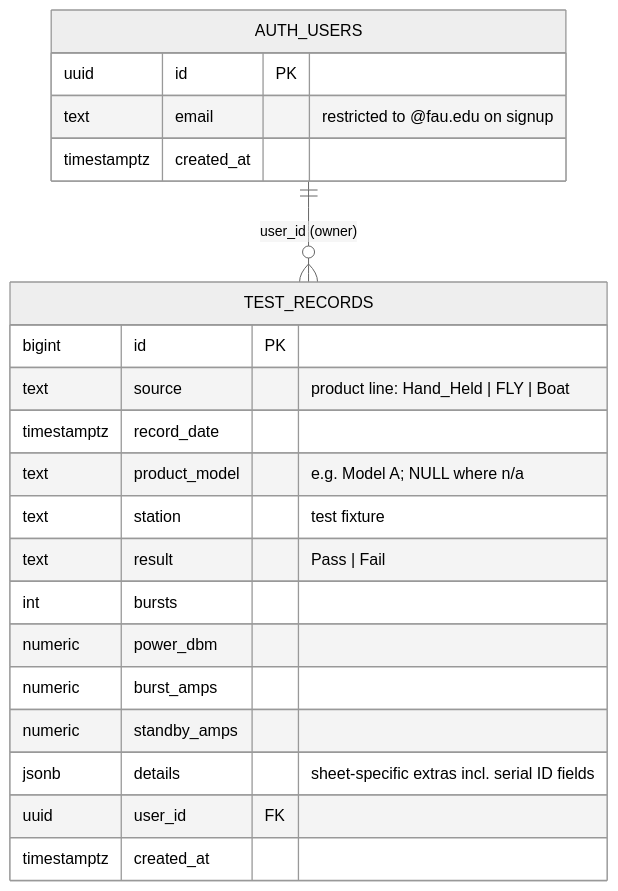
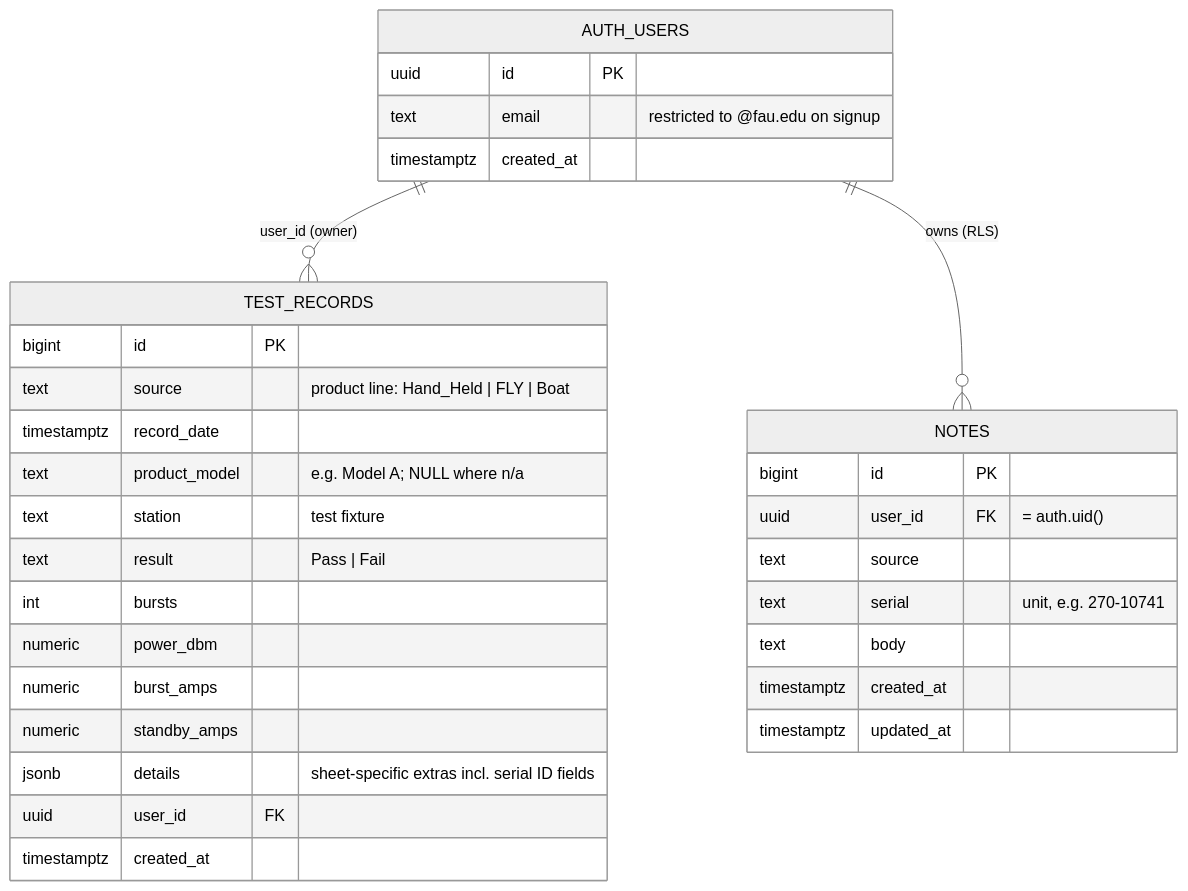
Before and after one commit to joshualopez2016/AICourseUpdated: the second of 3 diagrams in docs/DESIGN.md, drawn with Mermaid (neutral theme). The commit also changed other lines of this file and 6 other files, not shown here.

Commit message:
feat: Unit Notes — full CRUD (create/read/update/delete) per-user annotations on a unit, RLS-scoped; satisfies the CRUD requirement

````diff
--- a/docs/DESIGN.md
+++ b/docs/DESIGN.md
@@ -48,24 +48,34 @@
 ```mermaid
 erDiagram
     AUTH_USERS ||--o{ TEST_RECORDS : "user_id (owner)"
     AUTH_USERS {
         uuid id PK
         text email "restricted to @fau.edu on signup"
         timestamptz created_at
     }
     TEST_RECORDS {
         bigint id PK
         text source "product line: Hand_Held | FLY | Boat"
         timestamptz record_date
         text product_model "e.g. Model A; NULL where n/a"
         text station "test fixture"
         text result "Pass | Fail"
         int bursts
         numeric power_dbm
         numeric burst_amps
         numeric standby_amps
         jsonb details "sheet-specific extras incl. serial ID fields"
         uuid user_id FK
         timestamptz created_at
     }
+    AUTH_USERS ||--o{ NOTES : "owns (RLS)"
+    NOTES {
+        bigint id PK
+        uuid user_id FK "= auth.uid()"
+        text source
+        text serial "unit, e.g. 270-10741"
+        text body
+        timestamptz created_at
+        timestamptz updated_at
+    }
 ```
````
